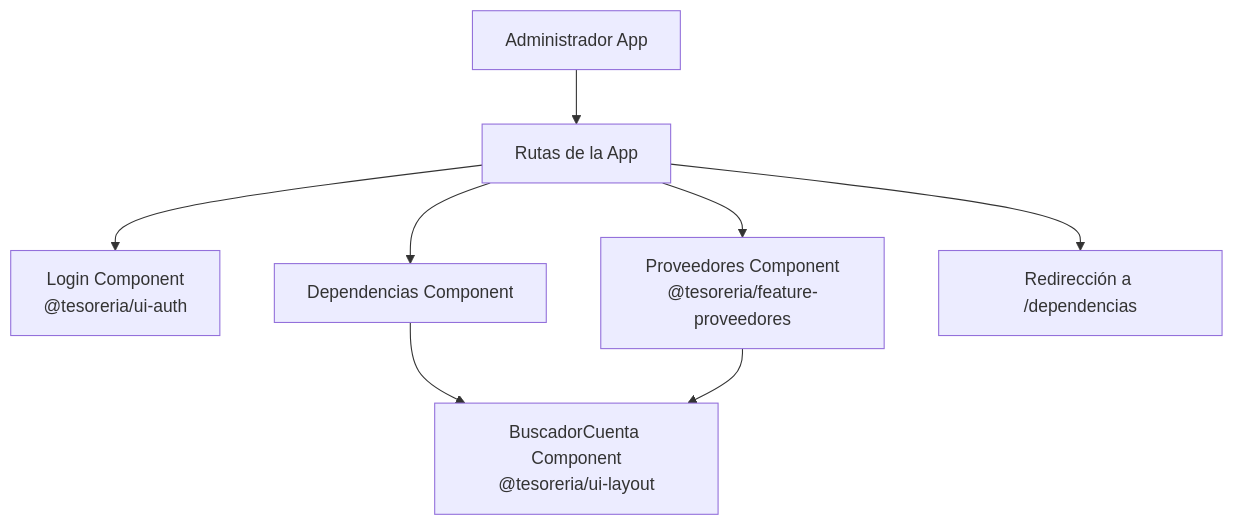
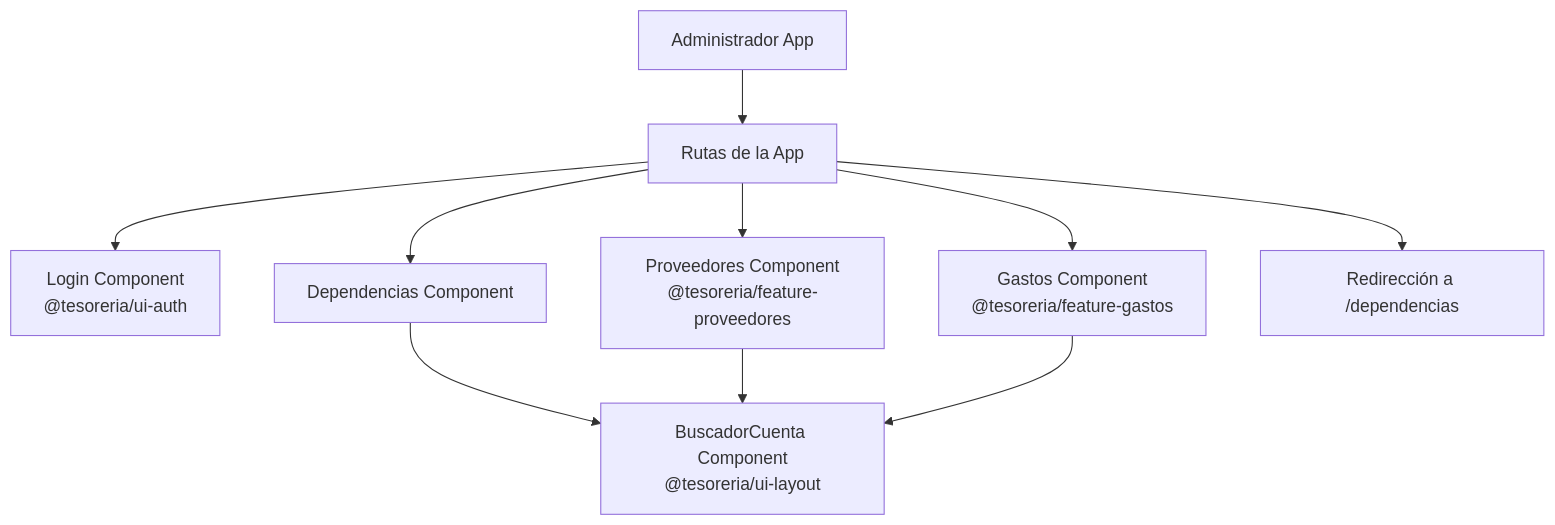
The fourth of 6 diagrams in docs/architecture.md (UM-services/UM.tesoreria.frontend-client), drawn with Mermaid before and after one commit. The commit also changed other lines of this file and 17 other files, not shown here.

First line of the commit message:
feat(feature-gastos): add shared Gastos library

````diff
--- a/docs/architecture.md
+++ b/docs/architecture.md
@@ -91,11 +95,13 @@
 ```mermaid
 graph TD
     AdminApp[Administrador App] --> AppRoutes[Rutas de la App]
     AppRoutes --> Login[Login Component<br/>@tesoreria/ui-auth]
     AppRoutes --> Dependencias[Dependencias Component]
     AppRoutes --> Proveedores[Proveedores Component<br/>@tesoreria/feature-proveedores]
+    AppRoutes --> Gastos[Gastos Component<br/>@tesoreria/feature-gastos]
     AppRoutes --> Redirect[Redirección a /dependencias]
 
     Dependencias --> BuscadorCuenta[BuscadorCuenta Component<br/>@tesoreria/ui-layout]
     Proveedores --> BuscadorCuenta
+    Gastos --> BuscadorCuenta
 ```
````
